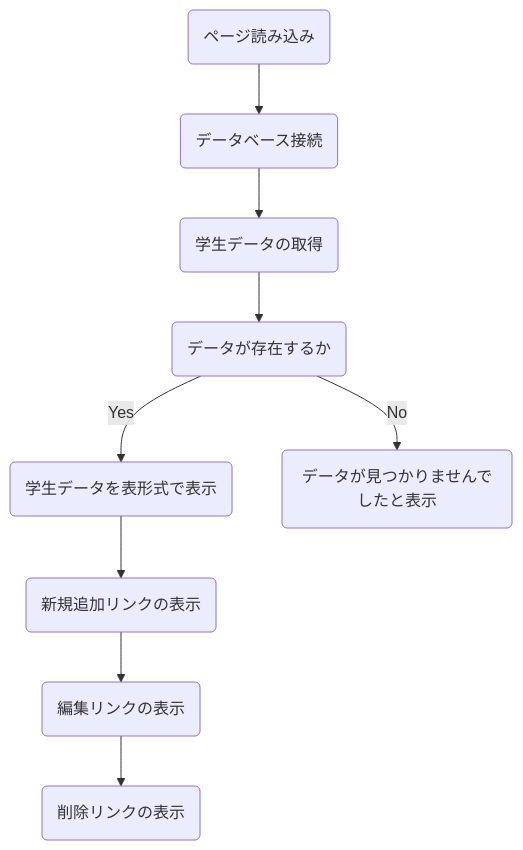
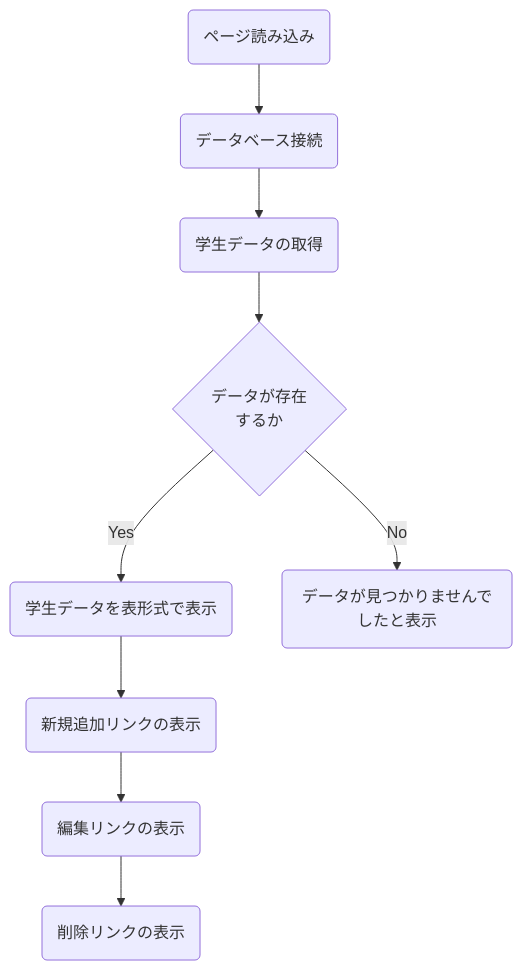
The first of 7 diagrams in quiz/Q07.md (KimiyukiYamauchi/php.2022), drawn with Mermaid before and after one commit. The commit also changed other lines of this file, not shown here.

````diff
--- a/quiz/Q07.md
+++ b/quiz/Q07.md
@@ -22,11 +22,11 @@
 ```mermaid
 graph TD
     A(ページ読み込み) --> B(データベース接続)
     B --> C(学生データの取得)
-    C --> D(データが存在するか)
+    C --> D{データが存在<br>するか}
     D -->|Yes| E(学生データを表形式で表示)
     D -->|No| F(データが見つかりませんでしたと表示)
     E --> G(新規追加リンクの表示)
     G --> H(編集リンクの表示)
     H --> I(削除リンクの表示)
 ```
````
